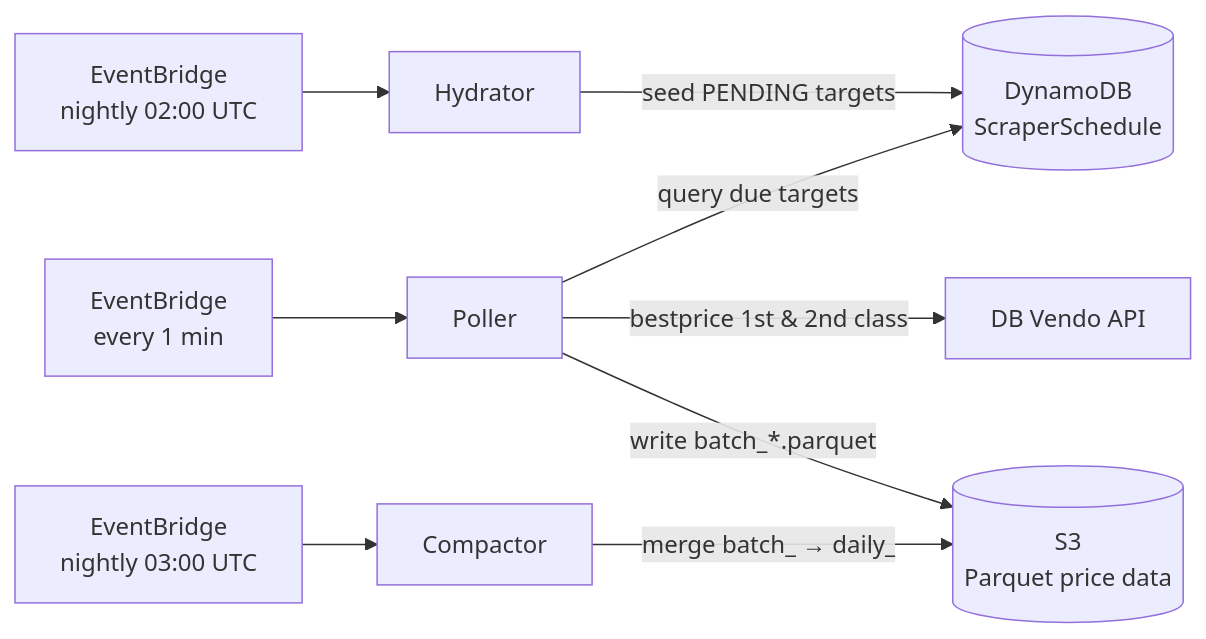
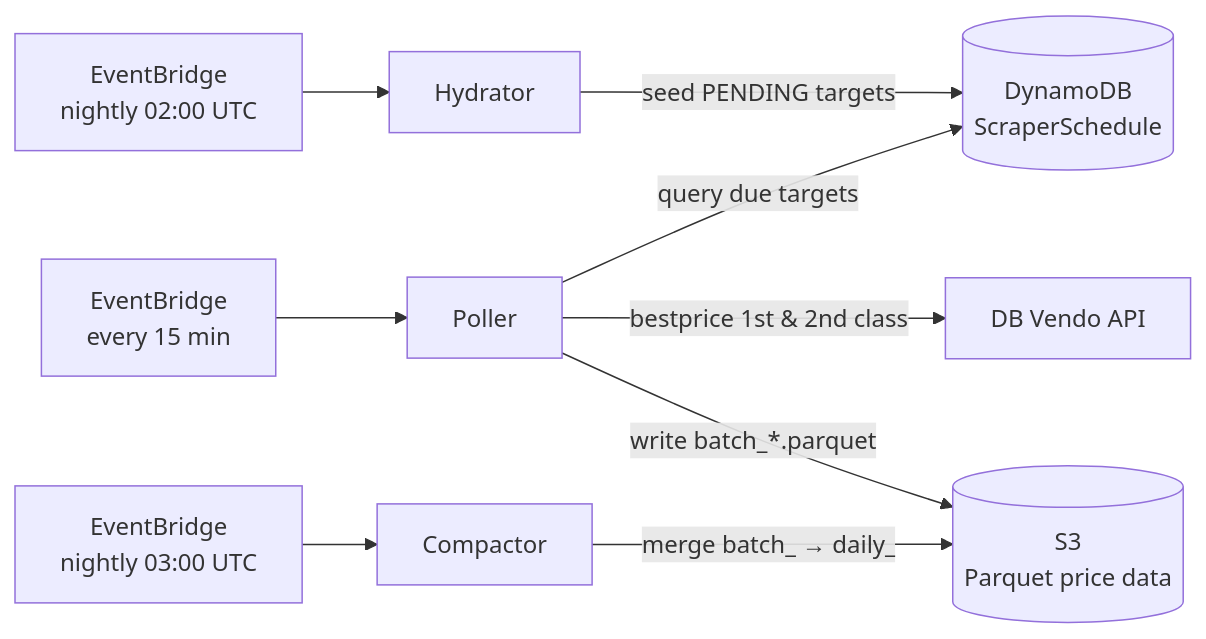
The diagram in scraper/README.md (wolfm89/train-price-monitor), drawn with Mermaid before and after one commit. The commit also changed other lines of this file and 7 other files, not shown here.

First line of the commit message:
feat(scraper): schema v2 for price rows (#144)

````diff
--- a/scraper/README.md
+++ b/scraper/README.md
@@ -8,12 +8,12 @@
 ```mermaid
 flowchart LR
     HydratorRule[EventBridge<br/>nightly 02:00 UTC] --> Hydrator
-    PollerRule[EventBridge<br/>every 1 min] --> Poller
+    PollerRule[EventBridge<br/>every 15 min] --> Poller
     CompactorRule[EventBridge<br/>nightly 03:00 UTC] --> Compactor
 
     Hydrator -->|seed PENDING targets| DDB[(DynamoDB<br/>ScraperSchedule)]
     Poller -->|query due targets| DDB
     Poller -->|bestprice 1st & 2nd class| Vendo[DB Vendo API]
     Poller -->|write batch_*.parquet| S3[(S3<br/>Parquet price data)]
     Compactor -->|merge batch_ → daily_| S3
 ```
````
